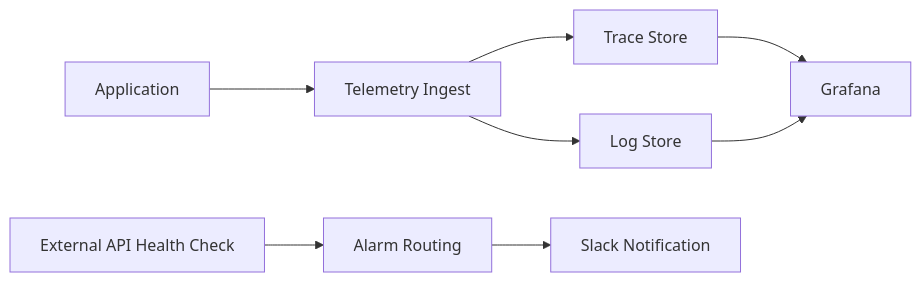
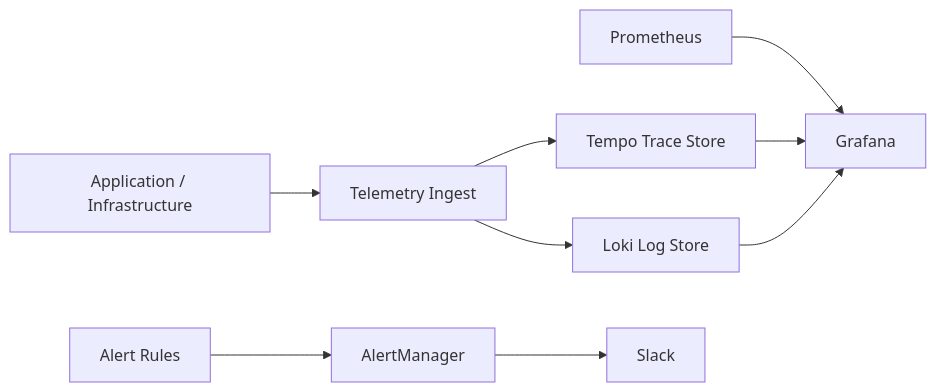
One commit to JunggiKim/JunggiKim.github.io changed the first of 2 diagrams in _posts/2026-02-18-deartail-monitoring-architecture-tradeoffs-ha.md. Above: the diagram before and after it, drawn with Mermaid. The commit also changed other lines of this file and 4 other files, not shown here.

Commit message:
docs(blog): expand deep-dive posts and enable mermaid rendering

````diff
--- a/_posts/2026-02-18-deartail-monitoring-architecture-tradeoffs-ha.md
+++ b/_posts/2026-02-18-deartail-monitoring-architecture-tradeoffs-ha.md
@@ -63,10 +91,11 @@
 ```mermaid
 flowchart LR
-  A[Application] --> B[Telemetry Ingest]
-  B --> C[Trace Store]
-  B --> D[Log Store]
-  C --> E[Grafana]
-  D --> E
-  F[External API Health Check] --> G[Alarm Routing]
-  G --> H[Slack Notification]
+  A[Application / Infrastructure] --> B[Telemetry Ingest]
+  B --> C[Tempo Trace Store]
+  B --> D[Loki Log Store]
+  E[Prometheus] --> F[Grafana]
+  C --> F
+  D --> F
+  G[Alert Rules] --> H[AlertManager]
+  H --> I[Slack]
 ```
````
